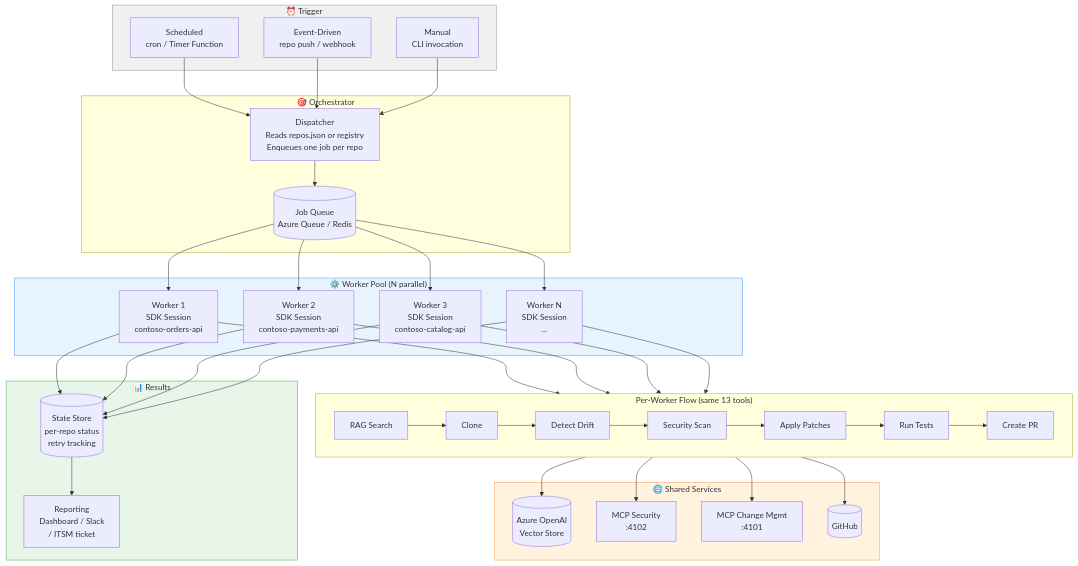
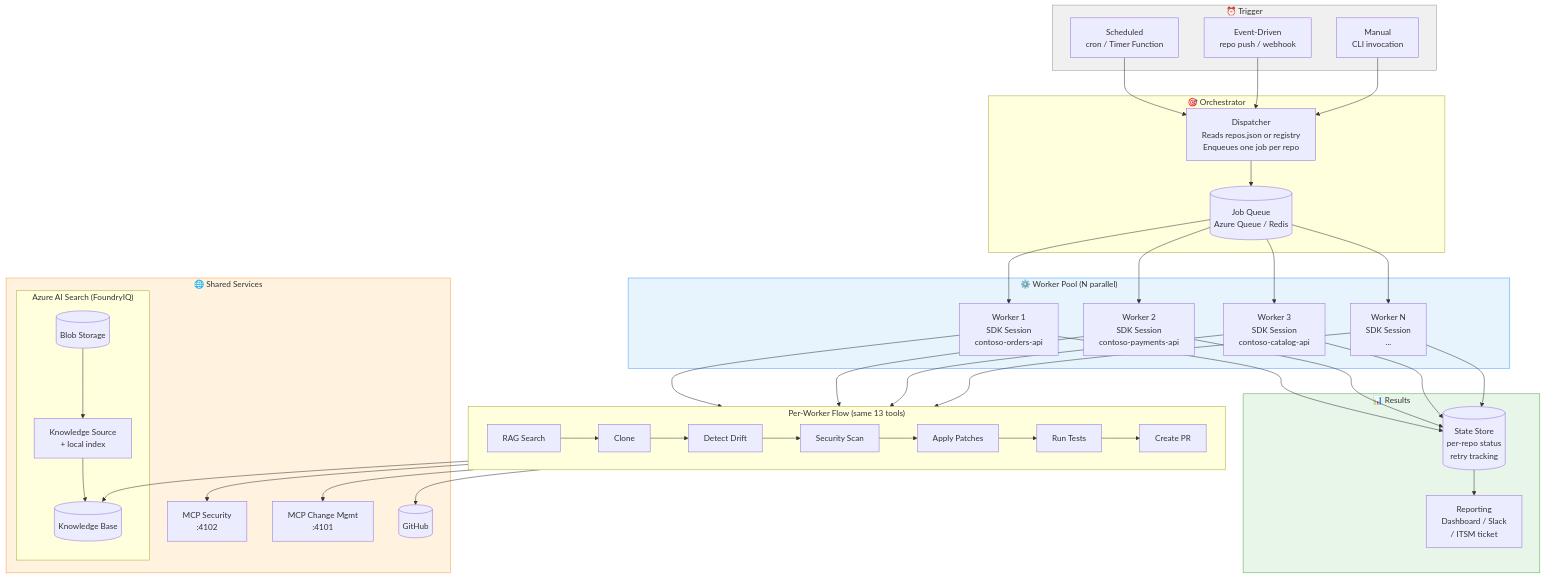
Before and after one commit to MSFT-Innovation-Hub-India/GHCP-CLI-SDK-PR-AUTOMATION: the fifth of 5 diagrams in docs/ARCHITECTURE_FLOW.md, drawn with Mermaid. The commit also changed other lines of this file and 7 other files, not shown here.

Commit message:
feat: migrate to Azure AI Search Knowledge Base for RAG, update documentation and environment configurations

````diff
--- a/docs/ARCHITECTURE_FLOW.md
+++ b/docs/ARCHITECTURE_FLOW.md
@@ -455,57 +488,62 @@
 ```mermaid
 flowchart TB
     subgraph Trigger["⏰ Trigger"]
         CRON[Scheduled<br/>cron / Timer Function]
         WEBHOOK[Event-Driven<br/>repo push / webhook]
         CLI[Manual<br/>CLI invocation]
     end
 
     subgraph Orchestrator["🎯 Orchestrator"]
         DISPATCH[Dispatcher<br/>Reads repos.json or registry<br/>Enqueues one job per repo]
         QUEUE[(Job Queue<br/>Azure Queue / Redis)]
     end
 
     subgraph Workers["⚙️ Worker Pool (N parallel)"]
         W1[Worker 1<br/>SDK Session<br/>contoso-orders-api]
         W2[Worker 2<br/>SDK Session<br/>contoso-payments-api]
         W3[Worker 3<br/>SDK Session<br/>contoso-catalog-api]
         WN[Worker N<br/>SDK Session<br/>...]
     end
 
     subgraph PerWorker["Per-Worker Flow (same 13 tools)"]
         direction LR
         RAG[RAG Search] --> CLONE[Clone]
         CLONE --> DETECT[Detect Drift]
         DETECT --> SCAN[Security Scan]
         SCAN --> PATCH[Apply Patches]
         PATCH --> TEST[Run Tests]
         TEST --> PR[Create PR]
     end
 
     subgraph SharedServices["🌐 Shared Services"]
-        AOAI[(Azure OpenAI<br/>Vector Store)]
+        subgraph FoundryIQ_Prod["Azure AI Search (FoundryIQ)"]
+            BLOB_P[(Blob Storage)]
+            KS_P[Knowledge Source<br/>+ local index]
+            AOAI[(Knowledge Base)]
+            BLOB_P --> KS_P --> AOAI
+        end
         MCP_SEC[MCP Security<br/>:4102]
         MCP_CM[MCP Change Mgmt<br/>:4101]
         GH[(GitHub)]
     end
 
     subgraph Results["📊 Results"]
         STATE[(State Store<br/>per-repo status<br/>retry tracking)]
         REPORT[Reporting<br/>Dashboard / Slack<br/>/ ITSM ticket]
     end
 
     CRON & WEBHOOK & CLI --> DISPATCH
     DISPATCH --> QUEUE
     QUEUE --> W1 & W2 & W3 & WN
 
     W1 & W2 & W3 & WN --> PerWorker
     PerWorker --> AOAI & MCP_SEC & MCP_CM & GH
 
     W1 & W2 & W3 & WN --> STATE
     STATE --> REPORT
 
     style Trigger fill:#f0f0f0,stroke:#999
     style Workers fill:#e8f4fd,stroke:#4a9eff
     style SharedServices fill:#fff3e0,stroke:#ff9944
     style Results fill:#e8f5e9,stroke:#4caf50
 ```
````
